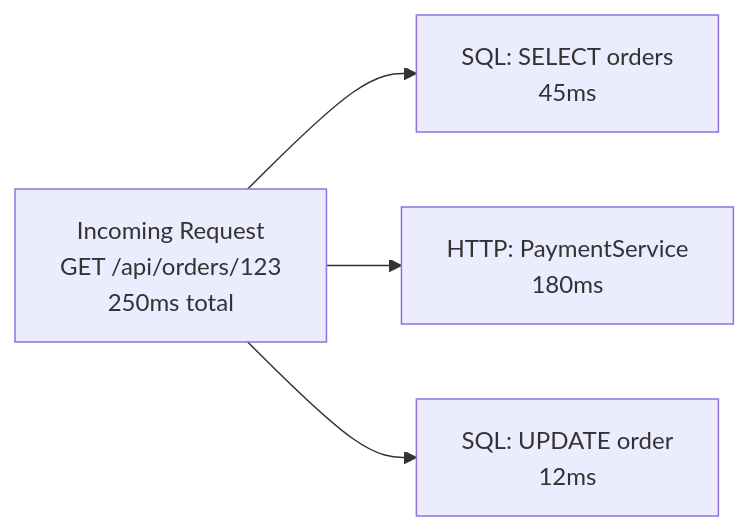
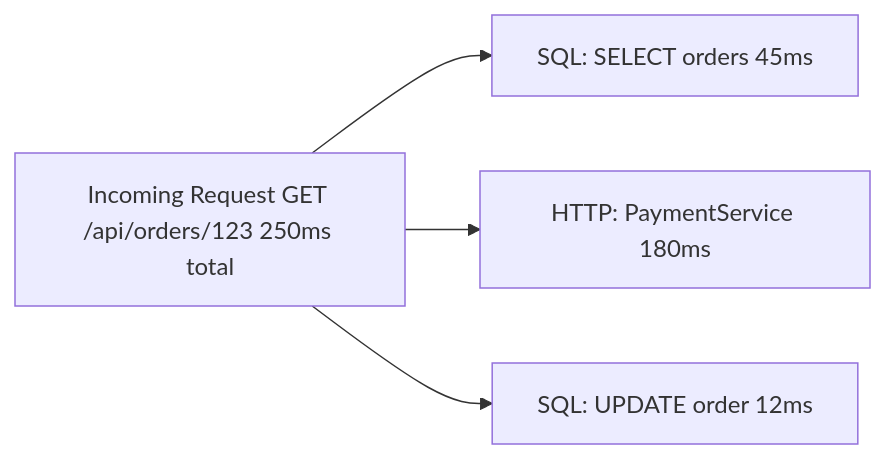
One commit to SoniiiT/notes-n-docs changed the third of 3 diagrams in Microsoft 365/Azure/Monitor und Management/Application Insights.md. Above: the diagram before and after it, drawn with Mermaid. The commit also changed other lines of this file and 124 other files, not shown here.

First line of the commit message:
fix: Entferne \n aus allen Mermaid-Diagrammen (125 Dateien)

````diff
--- a/Microsoft 365/Azure/Monitor und Management/Application Insights.md
+++ b/Microsoft 365/Azure/Monitor und Management/Application Insights.md
@@ -282,11 +282,11 @@
 ```mermaid
 graph LR
-    Req["Incoming Request\nGET /api/orders/123\n250ms total"]
-    SQL1["SQL: SELECT orders\n45ms"]
-    HTTP1["HTTP: PaymentService\n180ms"]
-    SQL2["SQL: UPDATE order\n12ms"]
+    Req["Incoming Request GET /api/orders/123 250ms total"]
+    SQL1["SQL: SELECT orders 45ms"]
+    HTTP1["HTTP: PaymentService 180ms"]
+    SQL2["SQL: UPDATE order 12ms"]
 
     Req --> SQL1
     Req --> HTTP1
     Req --> SQL2
 ```
````
